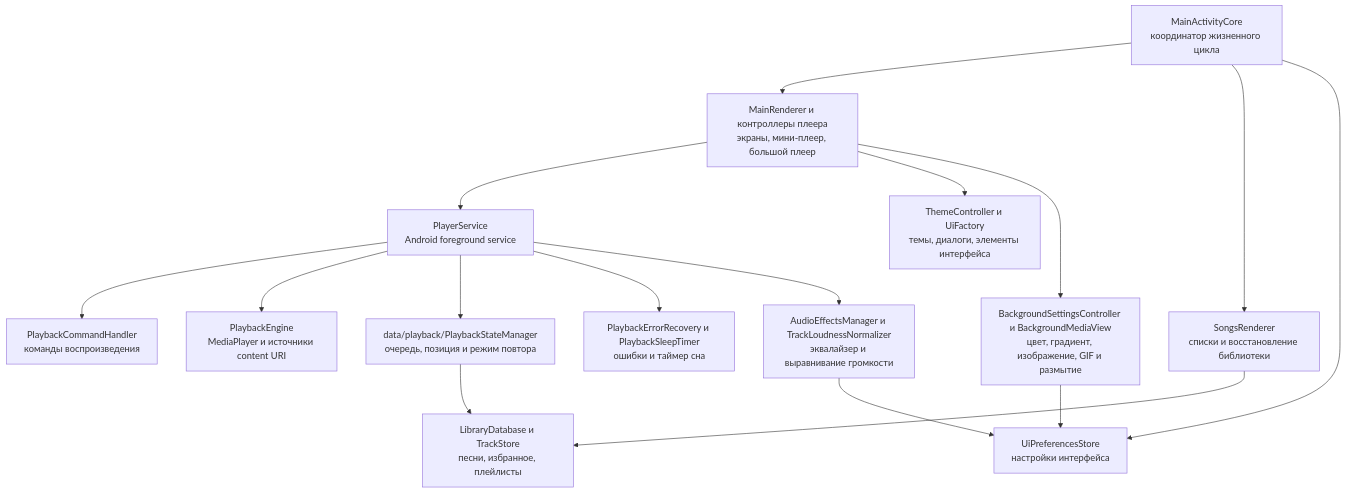
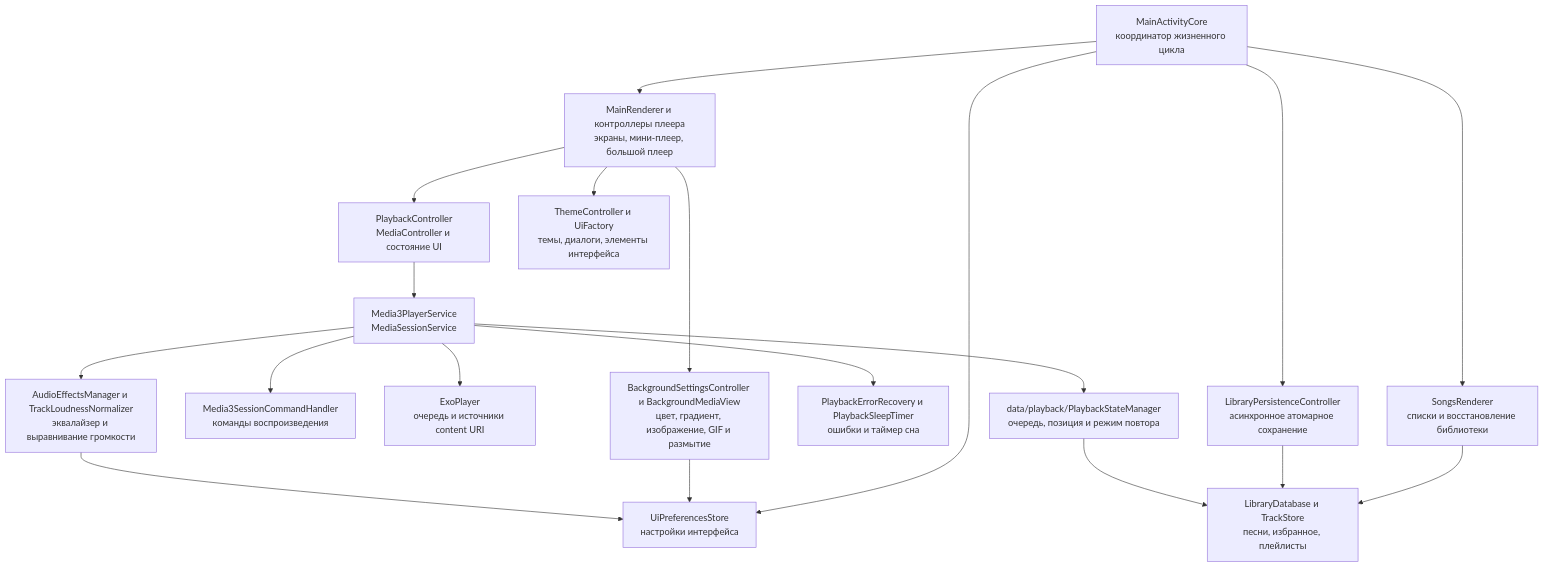
One commit to dumuzeyn/MP3-player-APK changed the first of 2 diagrams in README.md. Above: the diagram before and after it, drawn with Mermaid. The commit also changed other lines of this file and 24 other files, not shown here.

````diff
--- a/README.md
+++ b/README.md
@@ -47,32 +48,37 @@
 ```mermaid
 flowchart TD
     ACT["MainActivityCore<br/>координатор жизненного цикла"]
     UI["MainRenderer и контроллеры плеера<br/>экраны, мини-плеер, большой плеер"]
     SONGS["SongsRenderer<br/>списки и восстановление библиотеки"]
-    SERVICE["PlayerService<br/>Android foreground service"]
-    COMMANDS["PlaybackCommandHandler<br/>команды воспроизведения"]
-    ENGINE["PlaybackEngine<br/>MediaPlayer и источники content URI"]
+    CLIENT["PlaybackController<br/>MediaController и состояние UI"]
+    SERVICE["Media3PlayerService<br/>MediaSessionService"]
+    COMMANDS["Media3SessionCommandHandler<br/>команды воспроизведения"]
+    ENGINE["ExoPlayer<br/>очередь и источники content URI"]
     STATE["data/playback/PlaybackStateManager<br/>очередь, позиция и режим повтора"]
     RECOVERY["PlaybackErrorRecovery и PlaybackSleepTimer<br/>ошибки и таймер сна"]
     DATA["LibraryDatabase и TrackStore<br/>песни, избранное, плейлисты"]
+    PERSIST["LibraryPersistenceController<br/>асинхронное атомарное сохранение"]
     STYLE["ThemeController и UiFactory<br/>темы, диалоги, элементы интерфейса"]
     BACKGROUND["BackgroundSettingsController и BackgroundMediaView<br/>цвет, градиент, изображение, GIF и размытие"]
     AUDIO["AudioEffectsManager и TrackLoudnessNormalizer<br/>эквалайзер и выравнивание громкости"]
     PREFS["UiPreferencesStore<br/>настройки интерфейса"]
 
     ACT --> UI
     ACT --> SONGS
     ACT --> PREFS
     SONGS --> DATA
-    UI --> SERVICE
+    ACT --> PERSIST
+    PERSIST --> DATA
+    UI --> CLIENT
+    CLIENT --> SERVICE
     SERVICE --> COMMANDS
     SERVICE --> ENGINE
     SERVICE --> STATE
     SERVICE --> RECOVERY
     SERVICE --> AUDIO
     STATE --> DATA
     UI --> STYLE
     UI --> BACKGROUND
     BACKGROUND --> PREFS
     AUDIO --> PREFS
 ```
````
